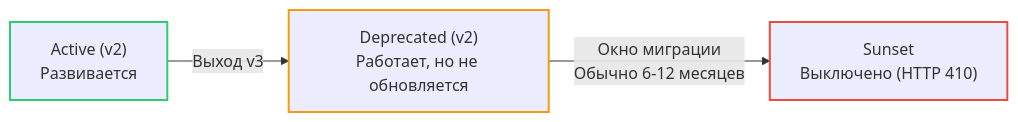
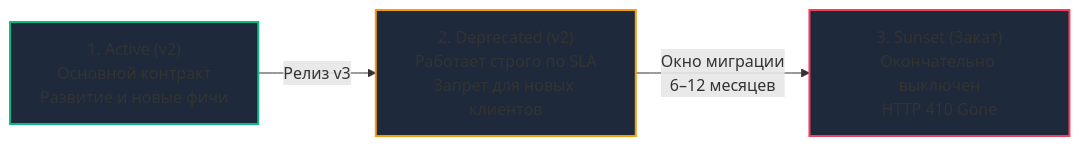
One commit to UnrealTemplier/go-textbook changed the first of 2 diagrams in sources/10. Проектирование API и Сетевые протоколы/37. Version deprecation стратегии.md. Above: the diagram before and after it, drawn with Mermaid. The commit also changed other lines of this file, not shown here.

````diff
--- a/sources/10. Проектирование API и Сетевые протоколы/37. Version deprecation стратегии.md
+++ b/sources/10. Проектирование API и Сетевые протоколы/37. Version deprecation стратегии.md
@@ -19,9 +34,9 @@
 ```mermaid
 flowchart LR
-    Active["Active (v2)<br>Развивается"] -->|Выход v3| Deprecated["Deprecated (v2)<br>Работает, но не обновляется"]
-    Deprecated -->|Окно миграции<br>Обычно 6-12 месяцев| Sunset["Sunset<br>Выключено (HTTP 410)"]
-    
-    style Active stroke:#2ecc71,stroke-width:2px
-    style Deprecated stroke:#f39c12,stroke-width:2px
-    style Sunset stroke:#e74c3c,stroke-width:2px
+    Active["1. Active (v2)<br>Основной контракт<br>Развитие и новые фичи"] -->|Релиз v3| Deprecated["2. Deprecated (v2)<br>Работает строго по SLA<br>Запрет для новых клиентов"]
+    Deprecated -->|Окно миграции<br>6–12 месяцев| Sunset["3. Sunset (Закат)<br>Окончательно выключен<br>HTTP 410 Gone"]
+
+    style Active fill:#1e293b,stroke:#10b981,stroke-width:2px
+    style Deprecated fill:#1e293b,stroke:#f59e0b,stroke-width:2px
+    style Sunset fill:#1e293b,stroke:#f43f5e,stroke-width:2px
 ```
````
